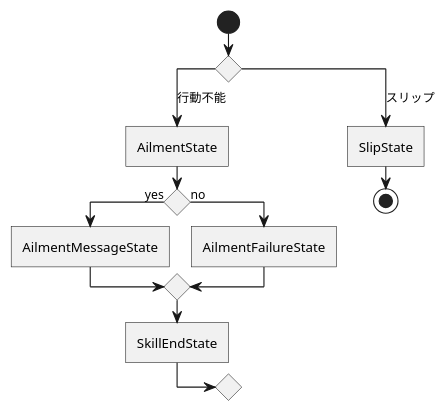
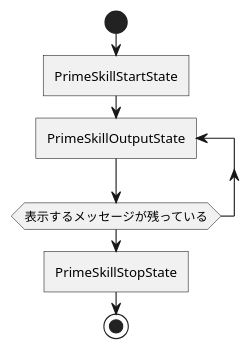
The diagram in Documents/PlantUML/SkillStateDiagram.puml (natsuhiko-maekawa/RPG), drawn with PlantUML before and after one commit.

Commit message:
SkillStateDiagramを修正

```diff
--- a/Documents/PlantUML/SkillStateDiagram.puml
+++ b/Documents/PlantUML/SkillStateDiagram.puml
@@ -1,15 +1,8 @@
 @startuml
 start
-switch()
-    case(行動不能)
-        :AilmentState]
-        if() then (yes)
-            :AilmentMessageState]
-        else (no)
-            :AilmentFailureState]
-        endif
-        :SkillEndState]
-    case(スリップ)
-        :SlipState]
+:PrimeSkillStartState]
+repeat :PrimeSkillOutputState]
+repeat while (表示するメッセージが残っている)
+:PrimeSkillStopState]
 stop
 @enduml
```
